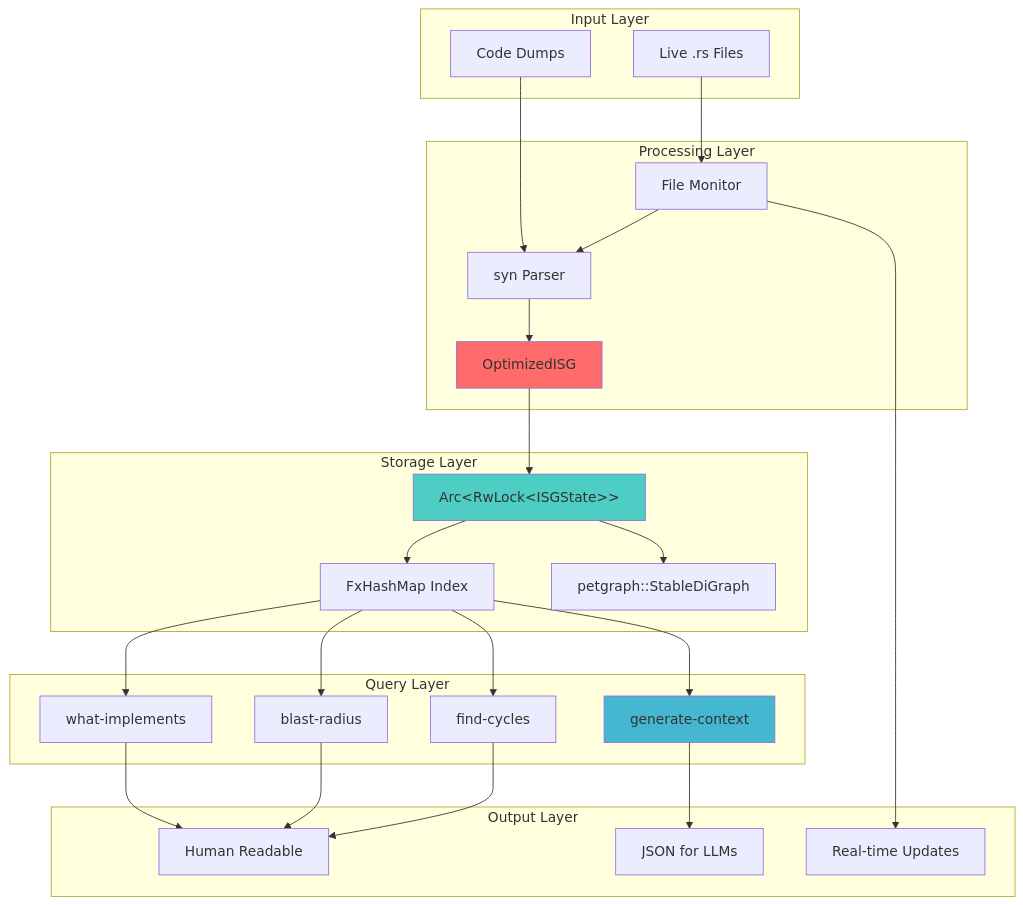
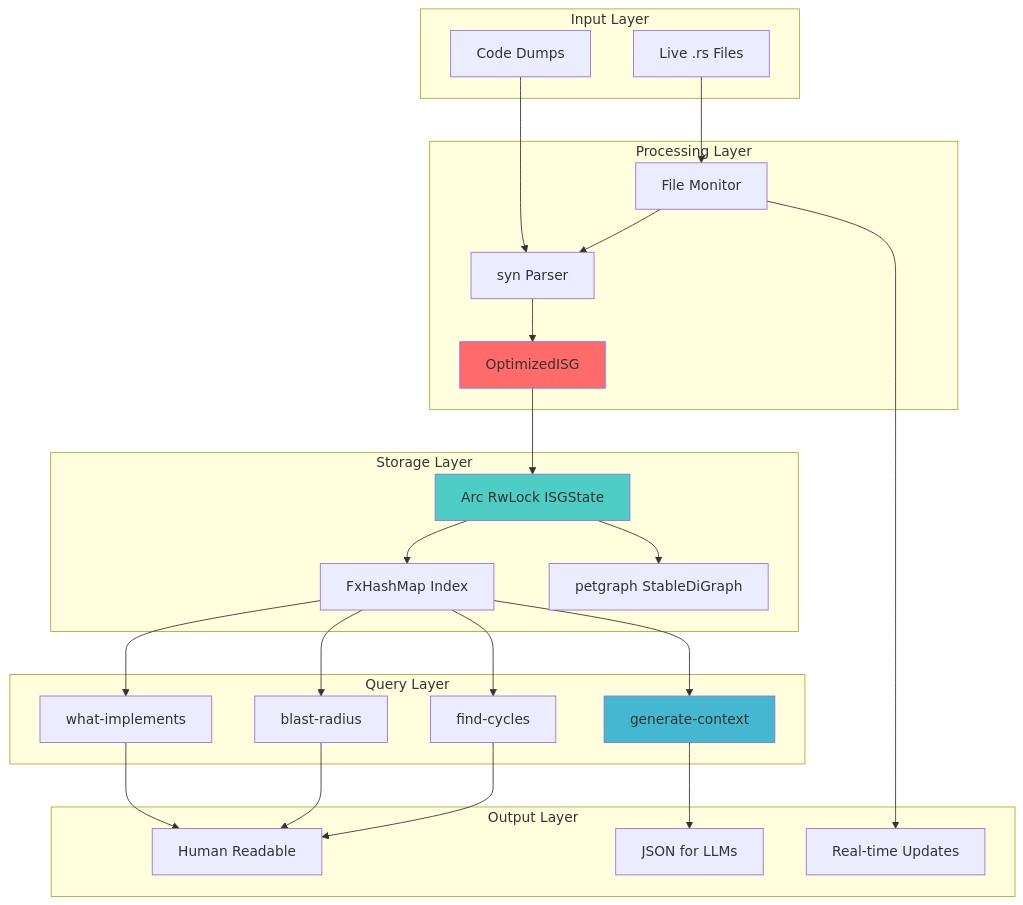
One commit to that-in-rust/parseltongue changed the second of 10 diagrams in README.md. Above: the diagram before and after it, drawn with Mermaid. The commit also changed other lines of this file and 32 other files, not shown here.

````diff
--- a/README.md
+++ b/README.md
@@ -41,56 +41,56 @@
 ```mermaid
 flowchart TD
-    subgraph "Input Layer"
+    subgraph Input ["Input Layer"]
         A[Code Dumps] 
         B[Live .rs Files]
     end
     
-    subgraph "Processing Layer"
+    subgraph Processing ["Processing Layer"]
         C[syn Parser]
         D[OptimizedISG]
         E[File Monitor]
     end
     
-    subgraph "Storage Layer"
-        F[Arc&lt;RwLock&lt;ISGState&gt;&gt;]
+    subgraph Storage ["Storage Layer"]
+        F[Arc RwLock ISGState]
         G[FxHashMap Index]
-        H[petgraph::StableDiGraph]
+        H[petgraph StableDiGraph]
     end
     
-    subgraph "Query Layer"
+    subgraph Query ["Query Layer"]
         I[what-implements]
         J[blast-radius]
         K[find-cycles]
         L[generate-context]
     end
     
-    subgraph "Output Layer"
+    subgraph Output ["Output Layer"]
         M[Human Readable]
         N[JSON for LLMs]
         O[Real-time Updates]
     end
     
     A --> C
     B --> E
     E --> C
     C --> D
     D --> F
     F --> G
     F --> H
     
     G --> I
     G --> J
     G --> K
     G --> L
     
     I --> M
     J --> M
     K --> M
     L --> N
     
     E --> O
     
     style D fill:#ff6b6b
     style F fill:#4ecdc4
     style L fill:#45b7d1
 ```
````
